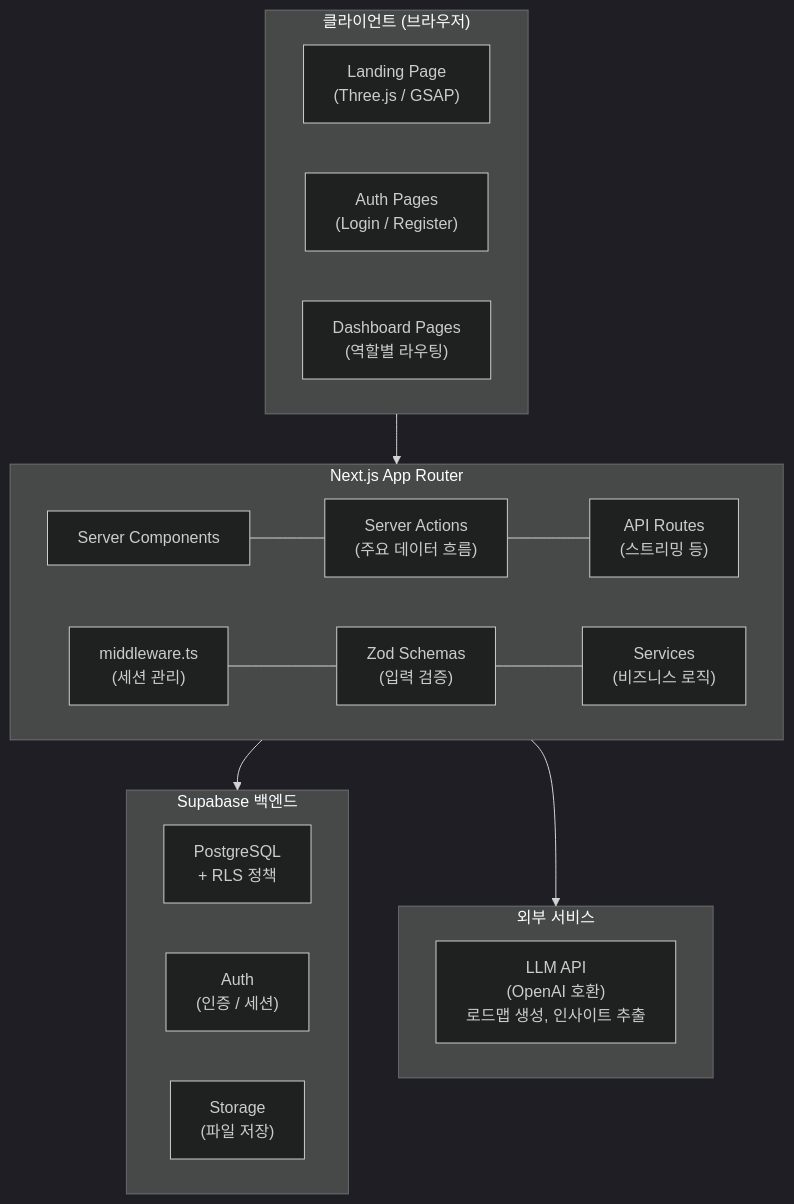
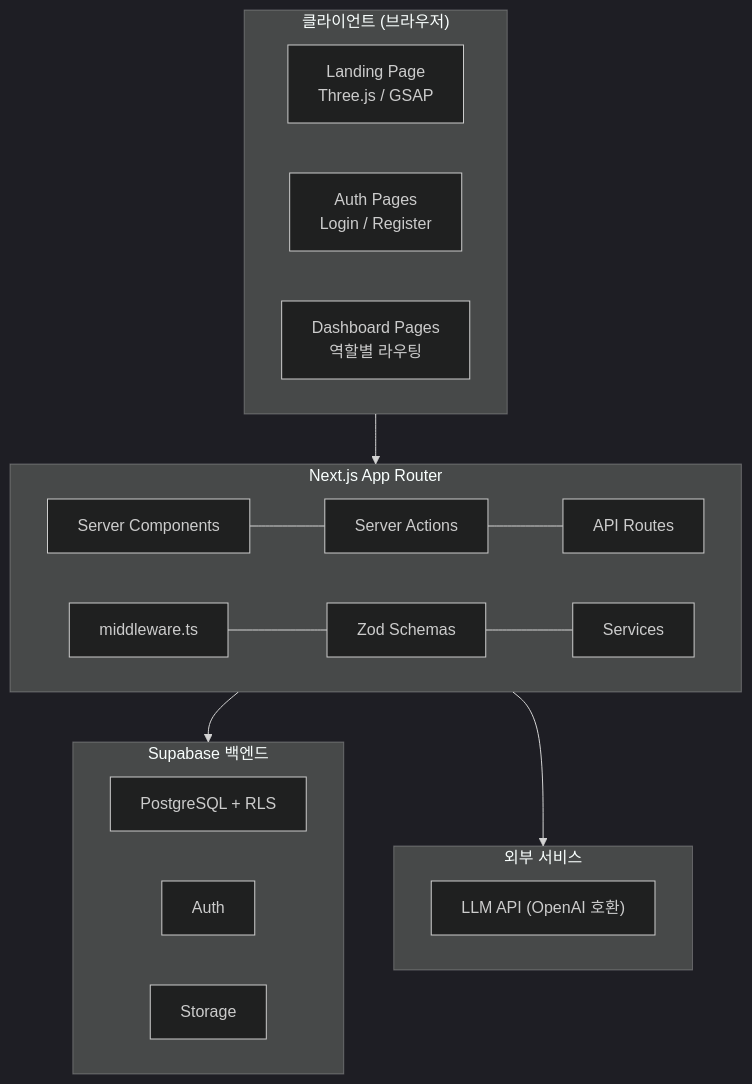
Before and after one commit to BaekKyunShin/KPC-AX-Roadmap-Dashboard: the third of 6 diagrams in README.md, drawn with Mermaid (dark theme). The commit also changed other lines of this file, not shown here.

First line of the commit message:
fix: Mermaid 다이어그램 렌더링 문제 수정

````diff
--- a/README.md
+++ b/README.md
@@ -337,29 +337,29 @@
 ```mermaid
 flowchart TD
     subgraph CLIENT["클라이언트 (브라우저)"]
-        L["Landing Page\n(Three.js / GSAP)"]
-        AU["Auth Pages\n(Login / Register)"]
-        DA["Dashboard Pages\n(역할별 라우팅)"]
+        L["Landing Page<br>Three.js / GSAP"]
+        AU["Auth Pages<br>Login / Register"]
+        DA["Dashboard Pages<br>역할별 라우팅"]
     end
 
     subgraph NEXT["Next.js App Router"]
-        SC["Server Components"] --- SA["Server Actions\n(주요 데이터 흐름)"]
-        SA --- AR["API Routes\n(스트리밍 등)"]
-        MW["middleware.ts\n(세션 관리)"] --- ZD["Zod Schemas\n(입력 검증)"]
-        ZD --- SV["Services\n(비즈니스 로직)"]
+        SC["Server Components"] --- SA["Server Actions"]
+        SA --- AR["API Routes"]
+        MW["middleware.ts"] --- ZD["Zod Schemas"]
+        ZD --- SV["Services"]
     end
 
     subgraph SUPA["Supabase 백엔드"]
-        PG["PostgreSQL\n+ RLS 정책"]
-        ATH["Auth\n(인증 / 세션)"]
-        ST["Storage\n(파일 저장)"]
+        PG["PostgreSQL + RLS"]
+        ATH["Auth"]
+        ST["Storage"]
     end
 
     subgraph EXT["외부 서비스"]
-        LLM["LLM API\n(OpenAI 호환)\n로드맵 생성, 인사이트 추출"]
+        LLM["LLM API (OpenAI 호환)"]
     end
 
     CLIENT --> NEXT
     NEXT --> SUPA
     NEXT --> EXT
 ```
````
